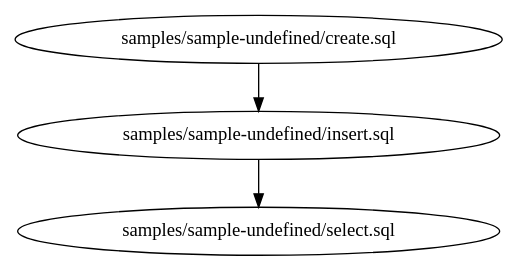
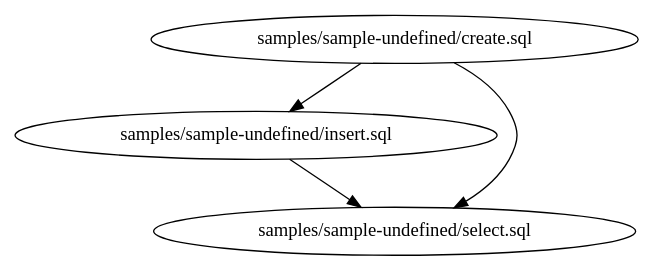
Before and after one commit to Matts966/alphasql: the diagram in samples/sample-undefined/side_effect_first/dag.dot, drawn with Graphviz. The commit also changed 20 other files, not shown here.

```diff
--- a/samples/sample-undefined/side_effect_first/dag.dot
+++ b/samples/sample-undefined/side_effect_first/dag.dot
@@ -1,7 +1,8 @@
 digraph G {
 0 [label="samples/sample-undefined/create.sql", shape="", type=query];
 1 [label="samples/sample-undefined/insert.sql", shape="", type=query];
 2 [label="samples/sample-undefined/select.sql", shape="", type=query];
 0->1 ;
+0->2 ;
 1->2 ;
 }
```
